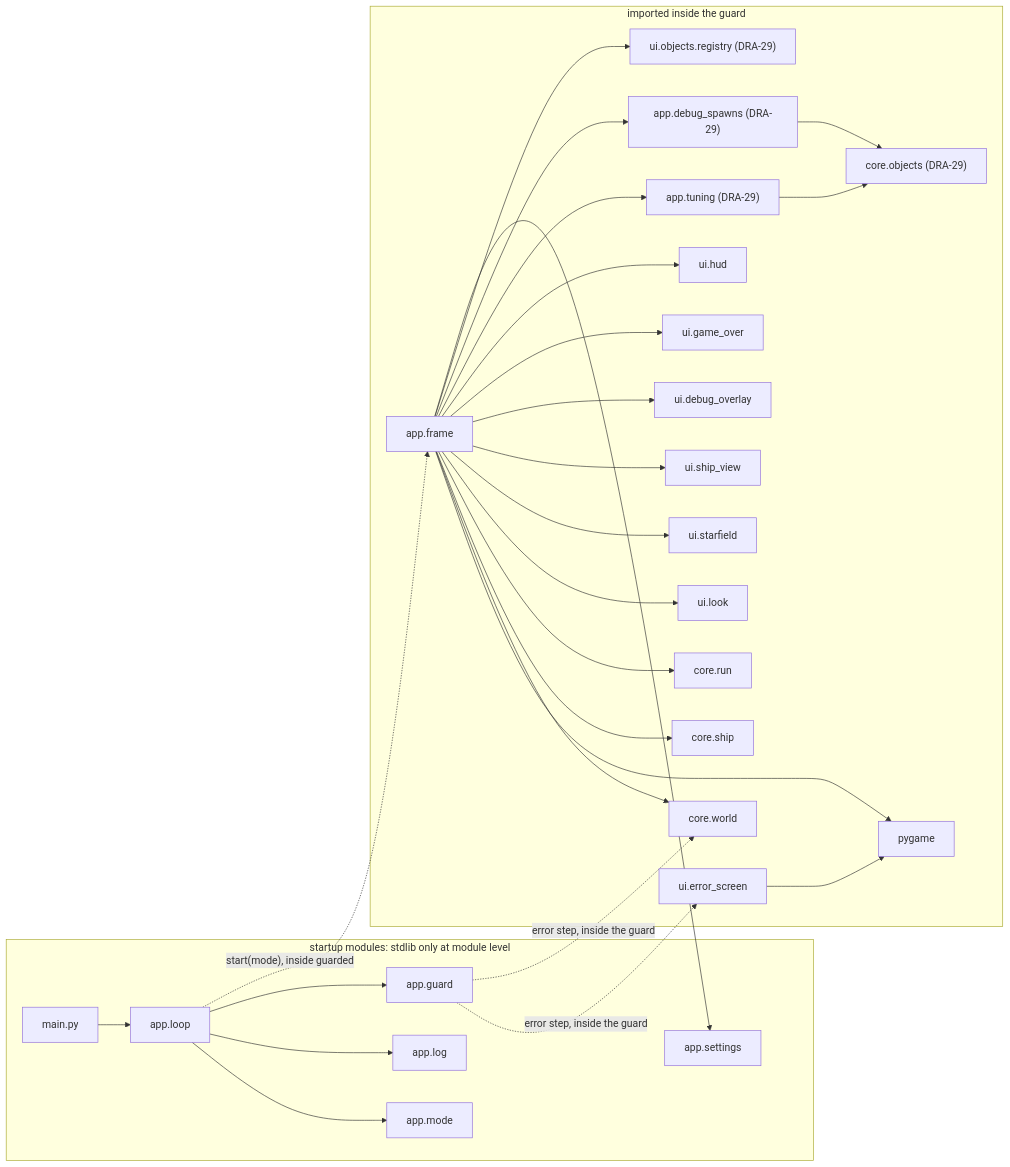
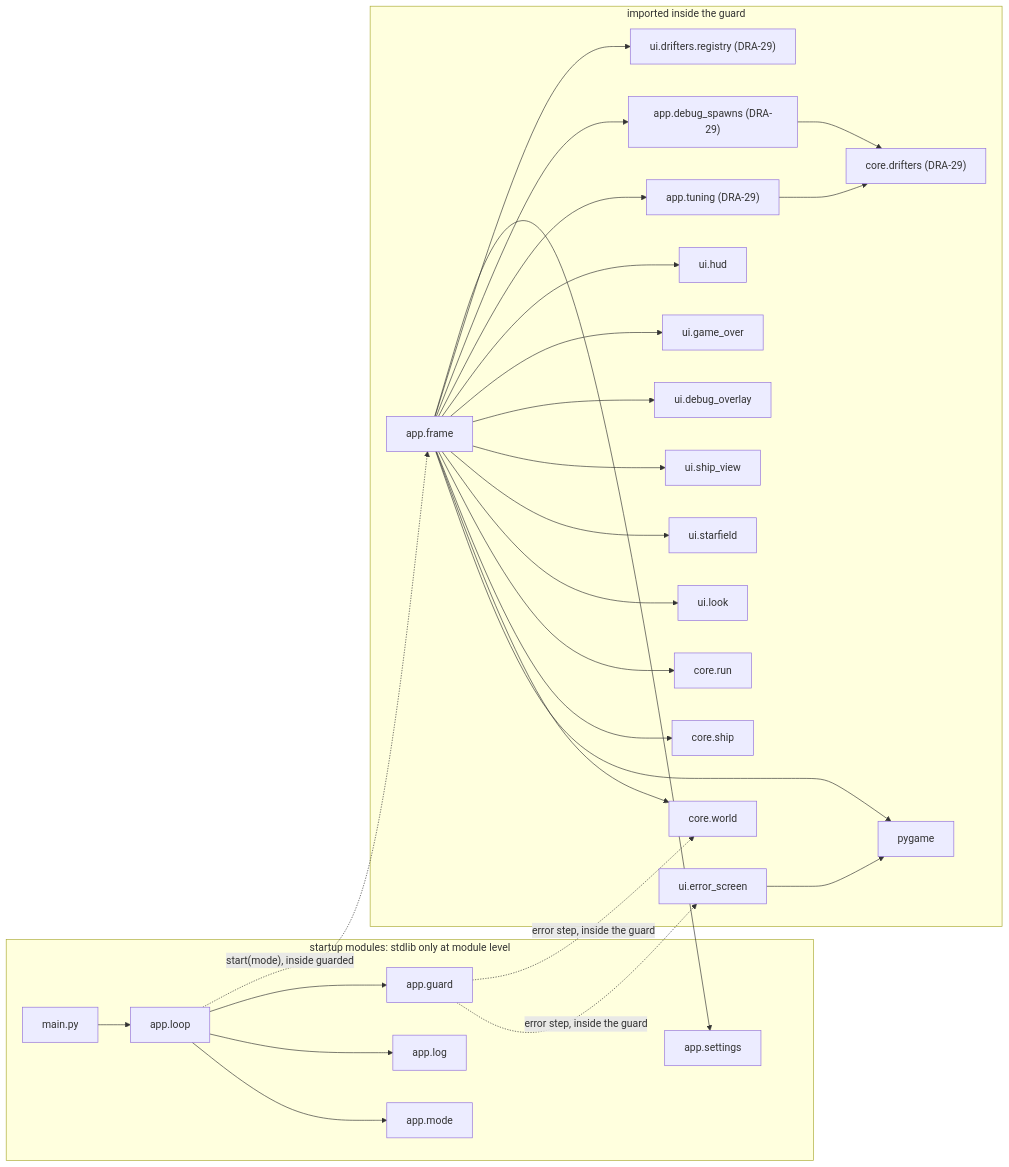
One commit to david-mntl/driftward-ace changed the second of 3 diagrams in docs/contracts/systems/app.md. Above: the diagram before and after it, drawn with Mermaid. The commit also changed other lines of this file and 68 other files, not shown here.

First line of the commit message:
refactor: rename objects to drifters across code, contracts and GDD

````diff
--- a/docs/contracts/systems/app.md
+++ b/docs/contracts/systems/app.md
@@ -53,32 +53,32 @@
 ```mermaid
 flowchart LR
   subgraph startup["startup modules: stdlib only at module level"]
     MA["main.py"] --> LO["app.loop"]
     LO --> MO["app.mode"]
     LO --> LG["app.log"]
     LO --> GU["app.guard"]
     ST["app.settings"]
   end
   subgraph guarded["imported inside the guard"]
     FR["app.frame"] --> PG["pygame"]
     FR --> CW["core.world"]
     FR --> CS["core.ship"]
     FR --> CR["core.run"]
     FR --> UL["ui.look"]
     FR --> SF["ui.starfield"]
     FR --> SV["ui.ship_view"]
     FR --> DO["ui.debug_overlay"]
     FR --> GO["ui.game_over"]
     FR --> HU["ui.hud"]
     FR --> TU["app.tuning (DRA-29)"]
     FR --> DS["app.debug_spawns (DRA-29)"]
-    FR --> UO["ui.objects.registry (DRA-29)"]
-    TU --> CO["core.objects (DRA-29)"]
+    FR --> UO["ui.drifters.registry (DRA-29)"]
+    TU --> CO["core.drifters (DRA-29)"]
     DS --> CO
     ES["ui.error_screen"] --> PG
   end
   LO -. "start(mode), inside guarded" .-> FR
   GU -. "error step, inside the guard" .-> ES
   GU -. "error step, inside the guard" .-> CW
   FR --> ST
 ```
````
